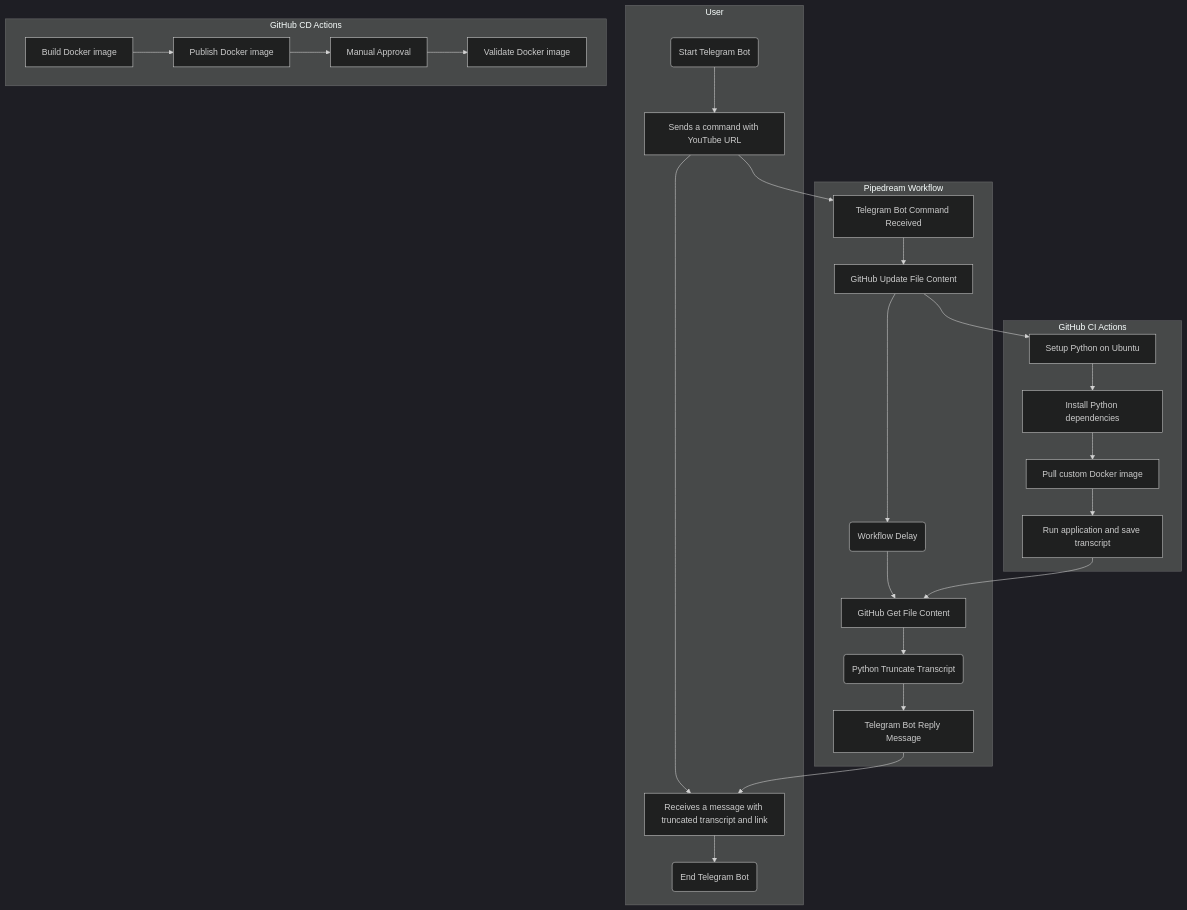
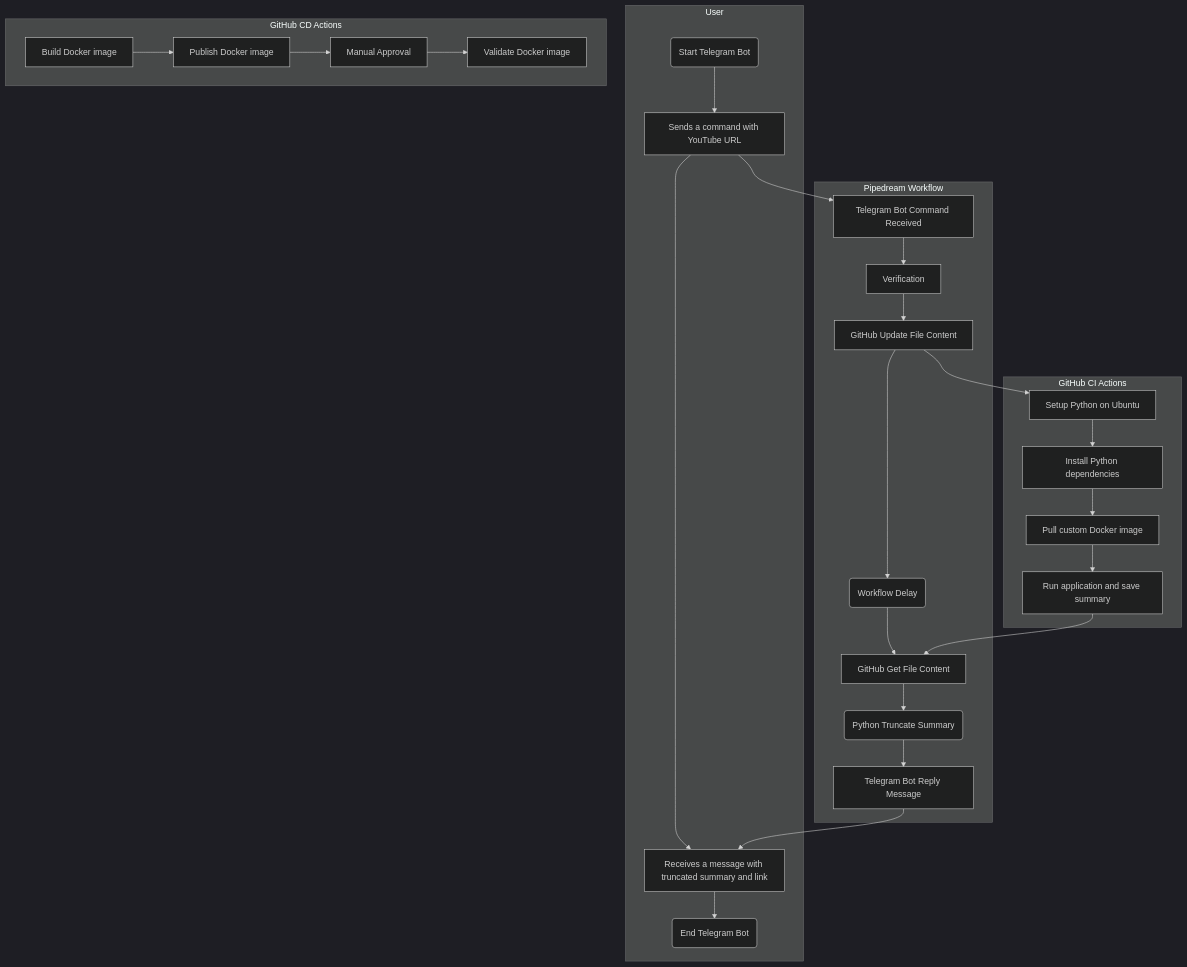
The diagram in README.md (dennislwm/playscribe), drawn with Mermaid before and after one commit. The commit also changed other lines of this file, not shown here.

Commit message:
(doc) Add runbook to add a Telegram user to the verification step

````diff
--- a/README.md
+++ b/README.md
@@ -81,27 +82,27 @@
 ```mermaid
 %%{ init: { 'theme': 'dark' } }%%
 flowchart TD
   user01["Sends a command with YouTube URL"]
-  user02["Receives a message with truncated transcript and link"]
+  user02["Receives a message with truncated summary and link"]
   subgraph User
     start("Start Telegram Bot")-->user01-->user02-->finish("End Telegram Bot")
   end
 
   flow_step01["Telegram Bot Command Received"]
-  flow_step02["GitHub Update File Content"]
-  flow_step04["GitHub Get File Content"]
-  flow_step06["Telegram Bot Reply Message"]
+  flow_step03["GitHub Update File Content"]
+  flow_step05["GitHub Get File Content"]
+  flow_step07["Telegram Bot Reply Message"]
   subgraph Pipedream Workflow
     user01-->flow_step01
-    flow_step01-->flow_step02-->step03("Workflow Delay")-->flow_step04-->step05("Python Truncate Transcript")-->flow_step06
-    flow_step06-->user02
+    flow_step01-->step02["Verification"]-->flow_step03-->step04("Workflow Delay")-->flow_step05-->step06("Python Truncate Summary")-->flow_step07
+    flow_step07-->user02
   end
 
   subgraph GitHub CI Actions
-    flow_step02-->job01["Setup Python on Ubuntu"]-->job02["Install Python dependencies"]-->job03["Pull custom Docker image"]-->job04["Run application and save transcript"]-->flow_step04
+    flow_step03-->job01["Setup Python on Ubuntu"]-->job02["Install Python dependencies"]-->job03["Pull custom Docker image"]-->job04["Run application and save summary"]-->flow_step05
   end
 
   subgraph GitHub CD Actions
     cd01["Build Docker image"]-->cd02["Publish Docker image"]-->cd03["Manual Approval"]-->cd04["Validate Docker image"]
   end
 ```
````
